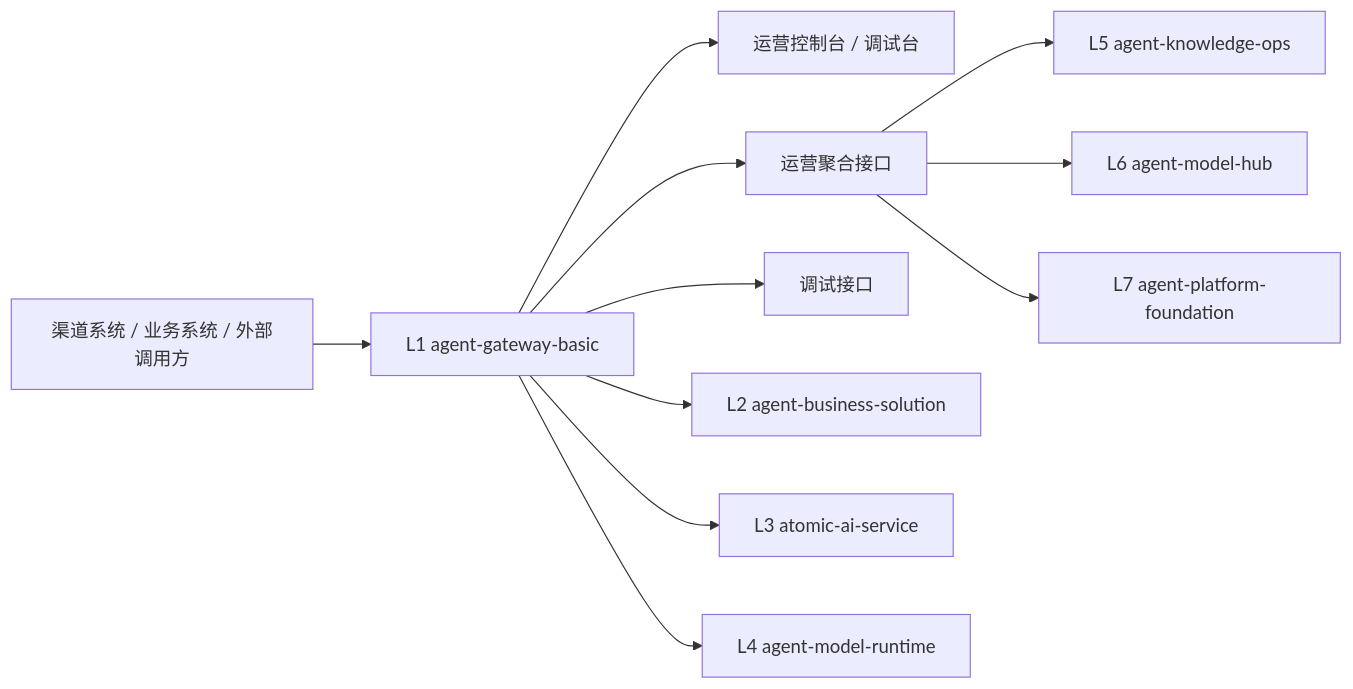
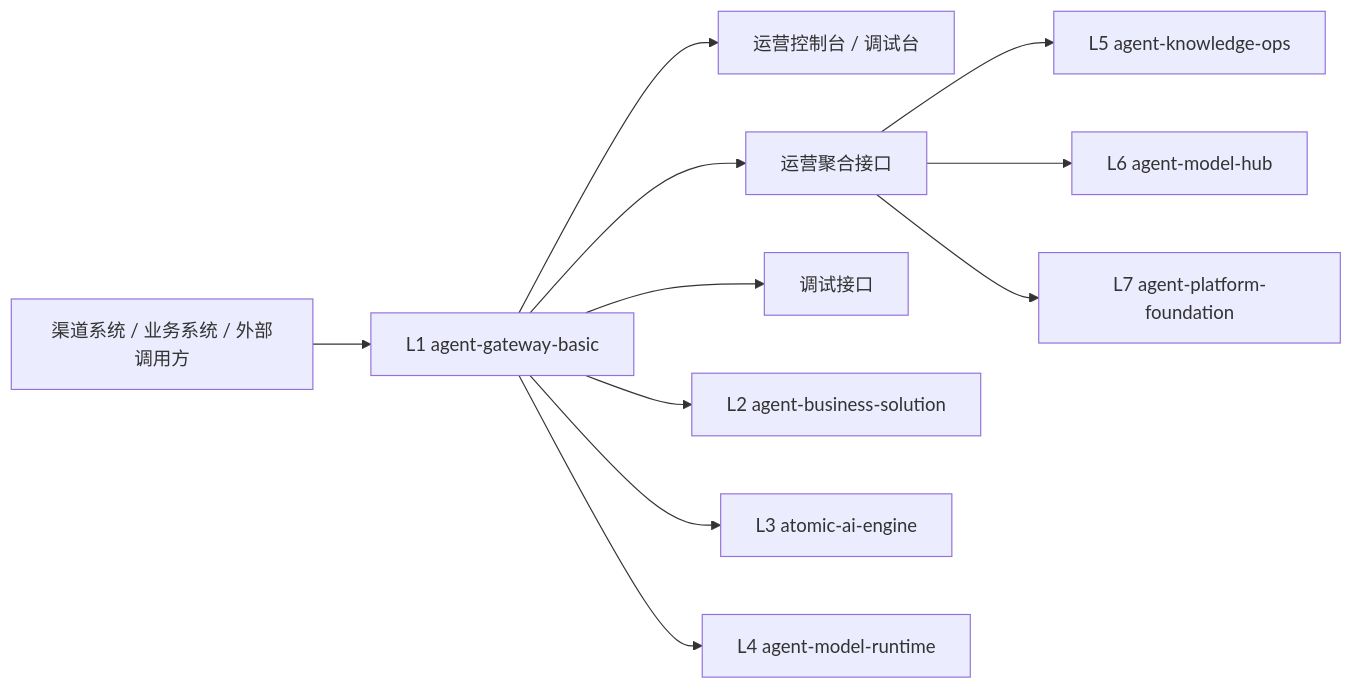
Before and after one commit to zeranlin/agent_harness: the first of 3 diagrams in docs/product-specs/agent-gateway-basic.md, drawn with Mermaid. The commit also changed other lines of this file and 12 other files, not shown here.

Commit message:
L3 现在以 atomic-ai-engine SDK 方案统一对外发布

````diff
--- a/docs/product-specs/agent-gateway-basic.md
+++ b/docs/product-specs/agent-gateway-basic.md
@@ -45,13 +45,13 @@
 ```mermaid
 flowchart LR
     Client["渠道系统 / 业务系统 / 外部调用方"] --> GW["L1 agent-gateway-basic"]
     GW --> UI["运营控制台 / 调试台"]
     GW --> OPS["运营聚合接口"]
     GW --> DBG["调试接口"]
     GW --> QA["L2 agent-business-solution"]
-    GW --> CAP["L3 atomic-ai-service"]
+    GW --> CAP["L3 atomic-ai-engine"]
     GW --> RT["L4 agent-model-runtime"]
     OPS --> K["L5 agent-knowledge-ops"]
     OPS --> M["L6 agent-model-hub"]
     OPS --> P["L7 agent-platform-foundation"]
 ```
````
